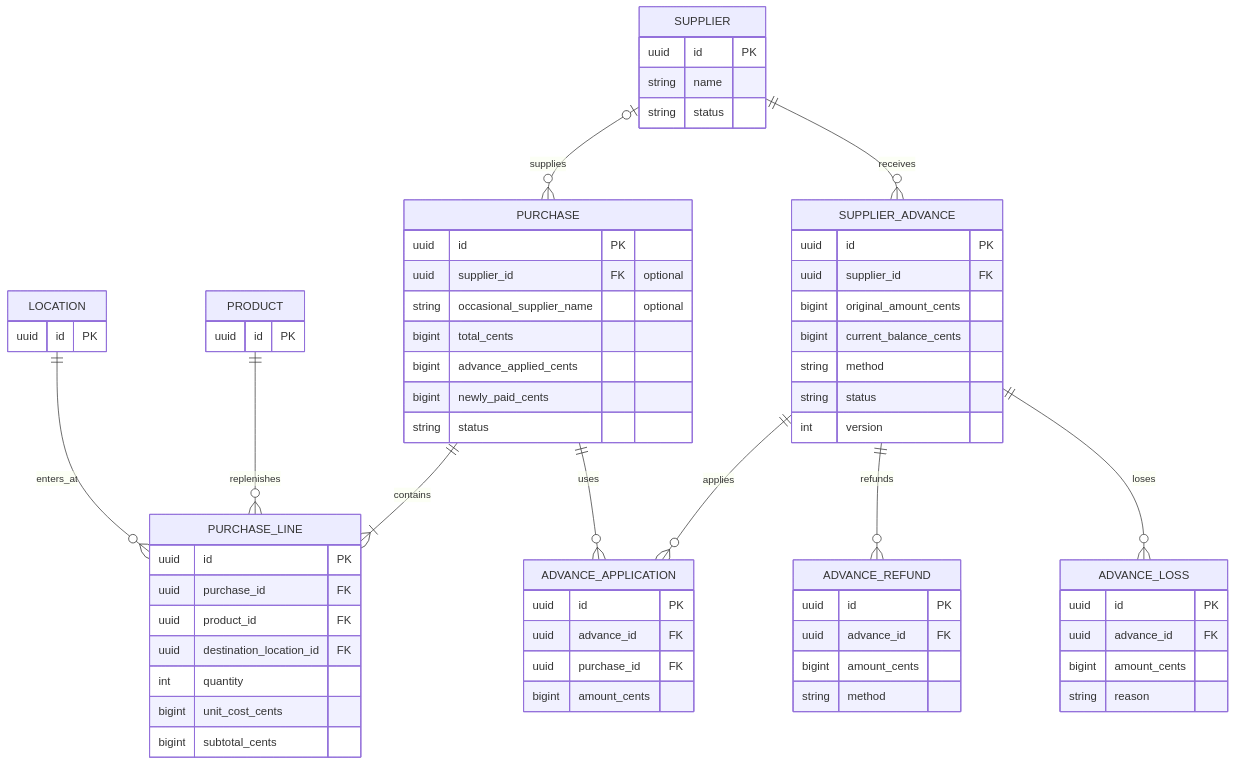
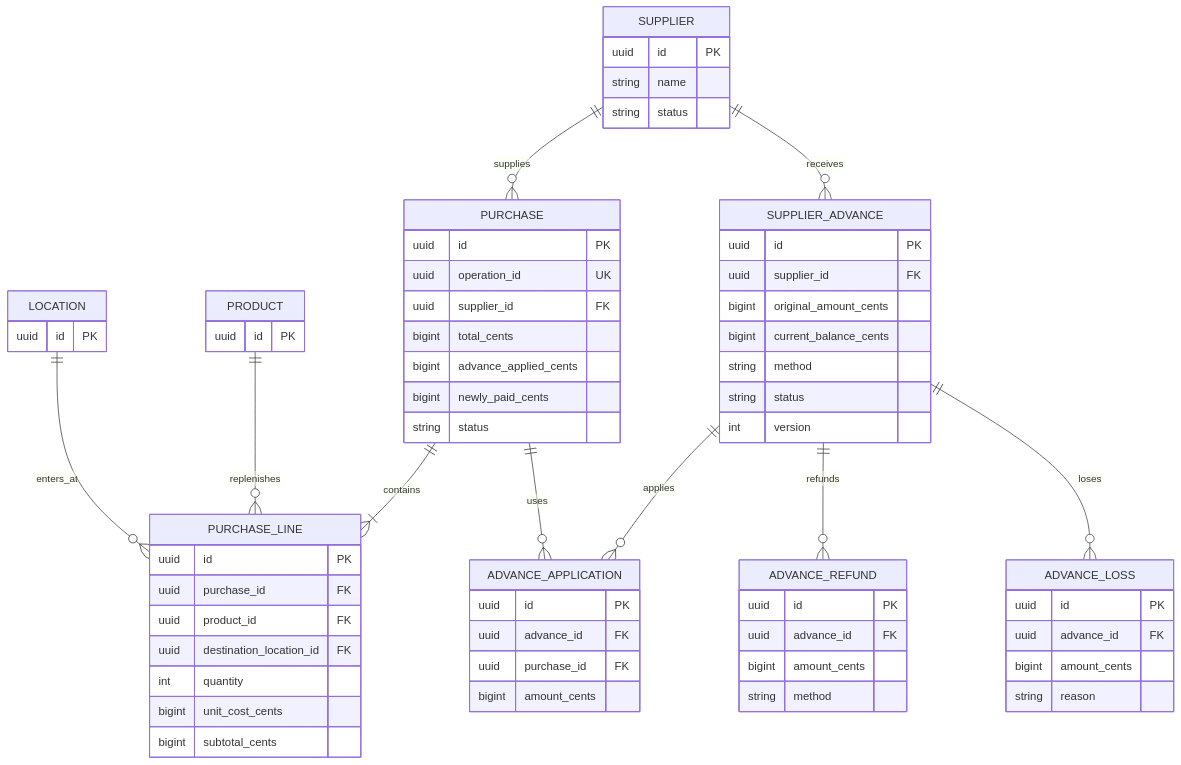
One commit to KendallRcs/nova changed the fifth of 7 diagrams in docs/data/entity-relationship-diagram.md. Above: the diagram before and after it, drawn with Mermaid. The commit also changed other lines of this file and 25 other files, not shown here.

Commit message:
feat: add atomic purchase confirmation with supplier advances

````diff
--- a/docs/data/entity-relationship-diagram.md
+++ b/docs/data/entity-relationship-diagram.md
@@ -417,70 +417,70 @@
 ```mermaid
 erDiagram
-    SUPPLIER o|--o{ PURCHASE : supplies
+    SUPPLIER ||--o{ PURCHASE : supplies
     PURCHASE ||--|{ PURCHASE_LINE : contains
     PRODUCT ||--o{ PURCHASE_LINE : replenishes
     LOCATION ||--o{ PURCHASE_LINE : enters_at
 
     SUPPLIER ||--o{ SUPPLIER_ADVANCE : receives
     SUPPLIER_ADVANCE ||--o{ ADVANCE_APPLICATION : applies
     PURCHASE ||--o{ ADVANCE_APPLICATION : uses
     SUPPLIER_ADVANCE ||--o{ ADVANCE_REFUND : refunds
     SUPPLIER_ADVANCE ||--o{ ADVANCE_LOSS : loses
 
     SUPPLIER {
         uuid id PK
         string name
         string status
     }
     PURCHASE {
         uuid id PK
-        uuid supplier_id FK "optional"
-        string occasional_supplier_name "optional"
+        uuid operation_id UK
+        uuid supplier_id FK
         bigint total_cents
         bigint advance_applied_cents
         bigint newly_paid_cents
         string status
     }
     PURCHASE_LINE {
         uuid id PK
         uuid purchase_id FK
         uuid product_id FK
         uuid destination_location_id FK
         int quantity
         bigint unit_cost_cents
         bigint subtotal_cents
     }
     SUPPLIER_ADVANCE {
         uuid id PK
         uuid supplier_id FK
         bigint original_amount_cents
         bigint current_balance_cents
         string method
         string status
         int version
     }
     ADVANCE_APPLICATION {
         uuid id PK
         uuid advance_id FK
         uuid purchase_id FK
         bigint amount_cents
     }
     ADVANCE_REFUND {
         uuid id PK
         uuid advance_id FK
         bigint amount_cents
         string method
     }
     ADVANCE_LOSS {
         uuid id PK
         uuid advance_id FK
         bigint amount_cents
         string reason
     }
     PRODUCT {
         uuid id PK
     }
     LOCATION {
         uuid id PK
     }
 ```
````
